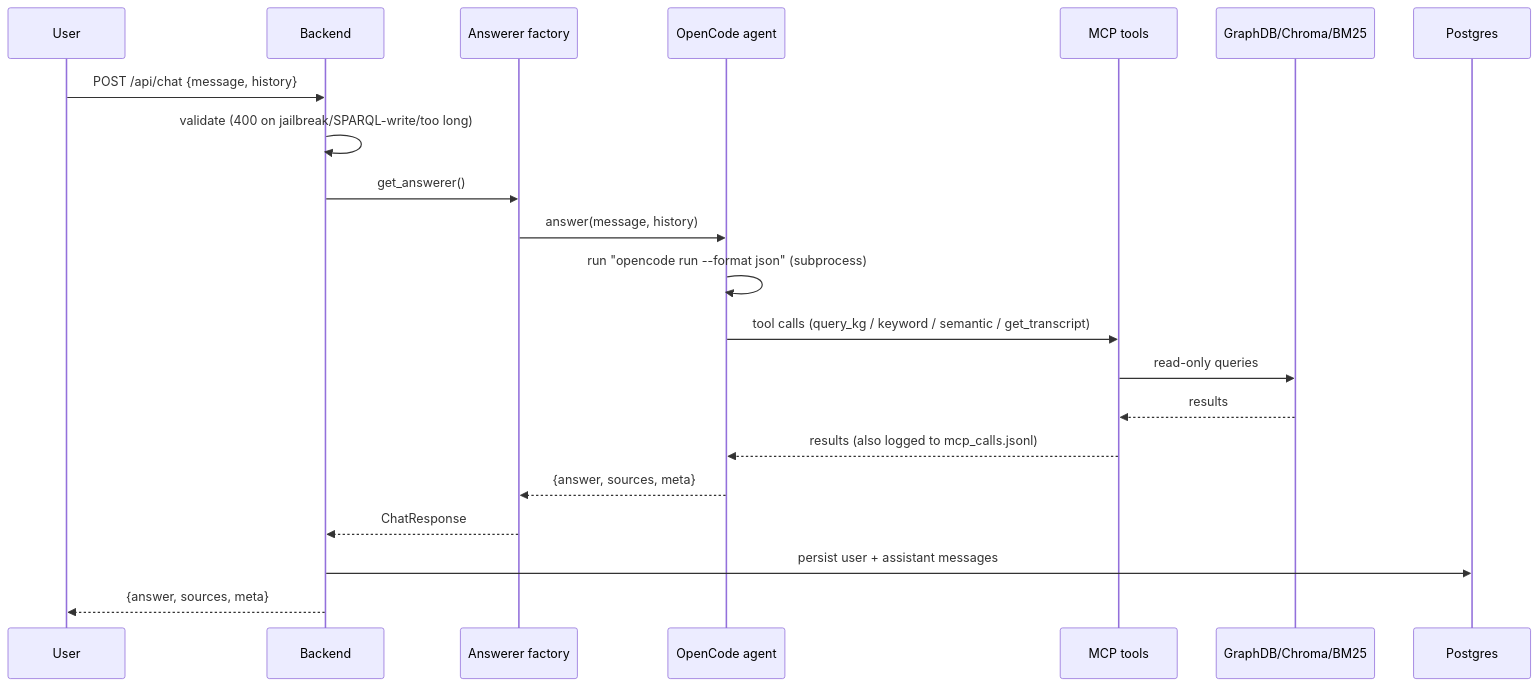
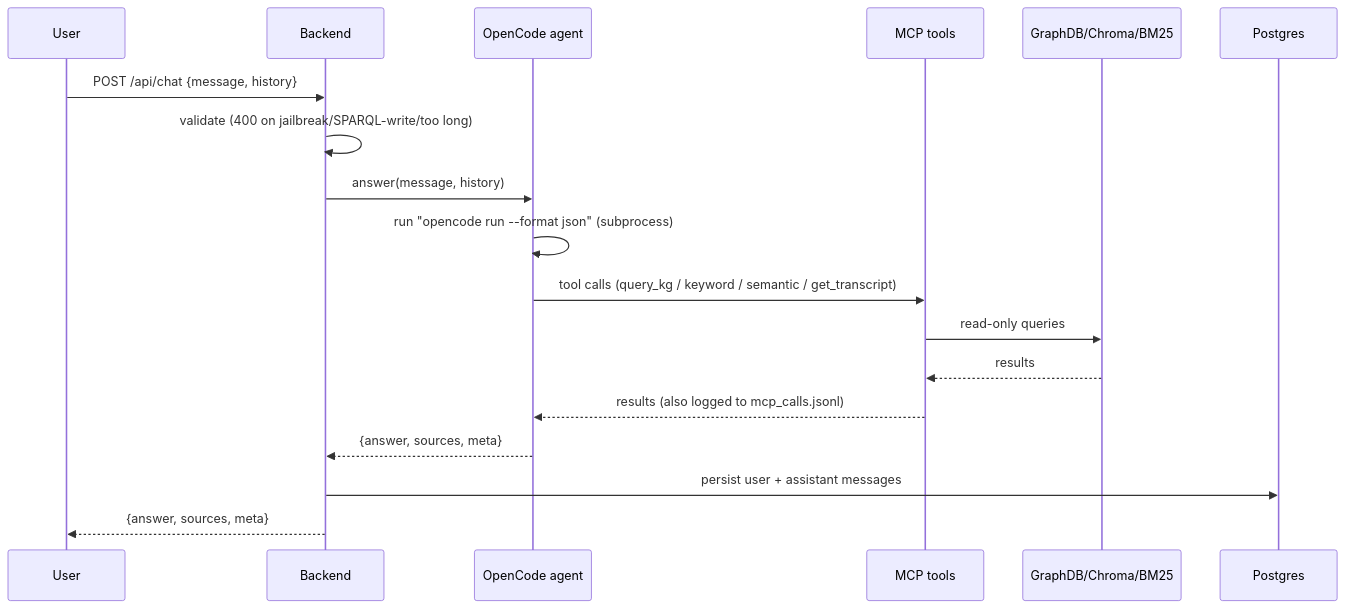
Before and after one commit to Iftimie/kg_llm_challenge-: the third of 6 diagrams in ARCHITECTURE.md, drawn with Mermaid. The commit also changed other lines of this file, not shown here.

Commit message:
add production & scale considerations; simplify ask-question diagram

````diff
--- a/ARCHITECTURE.md
+++ b/ARCHITECTURE.md
@@ -318,24 +318,21 @@
 ```mermaid
 sequenceDiagram
     participant U as User
     participant B as Backend
-    participant F as Answerer factory
     participant A as OpenCode agent
     participant M as MCP tools
     participant D as GraphDB/Chroma/BM25
     participant P as Postgres
 
     U->>B: POST /api/chat {message, history}
     B->>B: validate (400 on jailbreak/SPARQL-write/too long)
-    B->>F: get_answerer()
-    F->>A: answer(message, history)
+    B->>A: answer(message, history)
     A->>A: run "opencode run --format json" (subprocess)
     A->>M: tool calls (query_kg / keyword / semantic / get_transcript)
     M->>D: read-only queries
     D-->>M: results
     M-->>A: results (also logged to mcp_calls.jsonl)
-    A-->>F: {answer, sources, meta}
-    F-->>B: ChatResponse
+    A-->>B: {answer, sources, meta}
     B->>P: persist user + assistant messages
     B-->>U: {answer, sources, meta}
 ```
````
